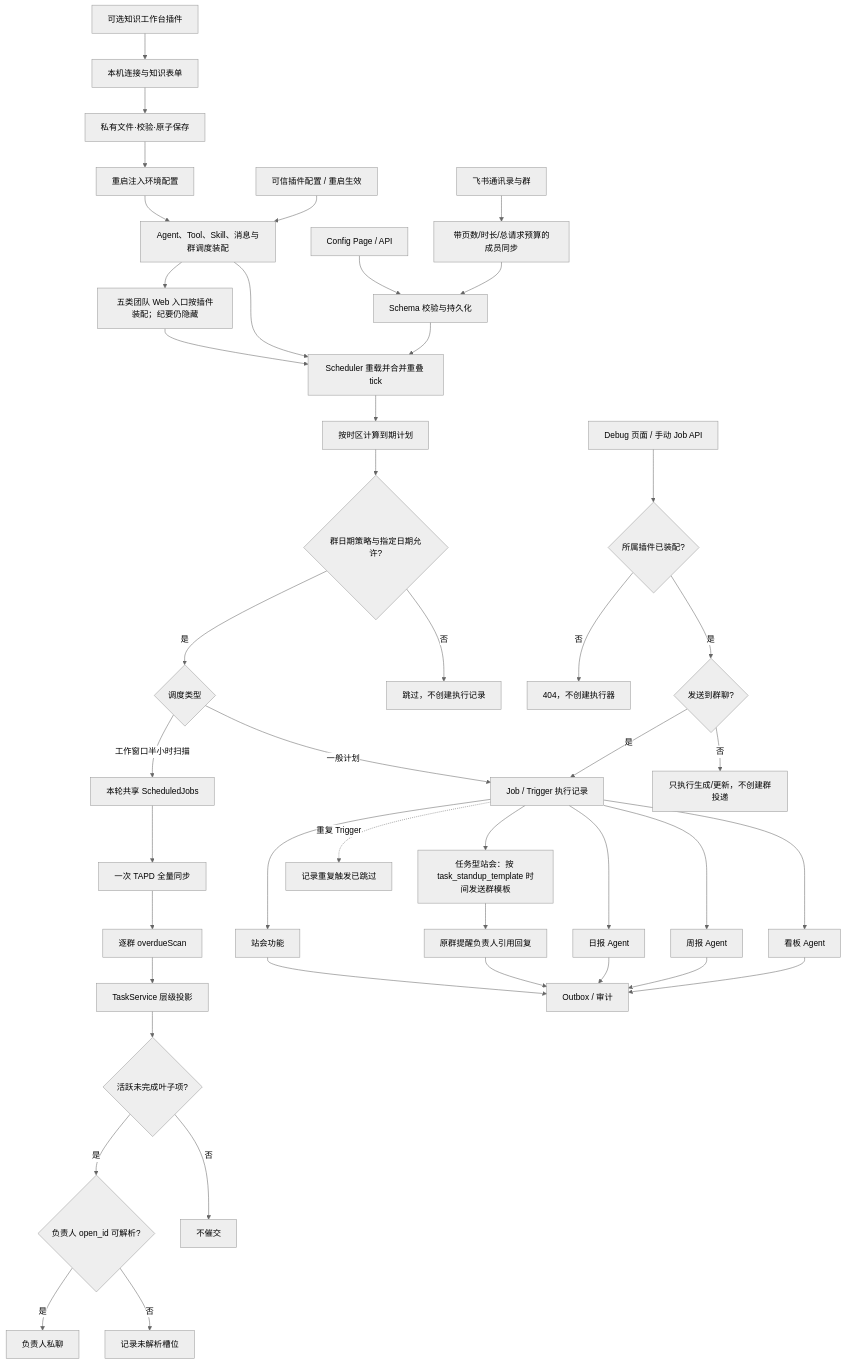
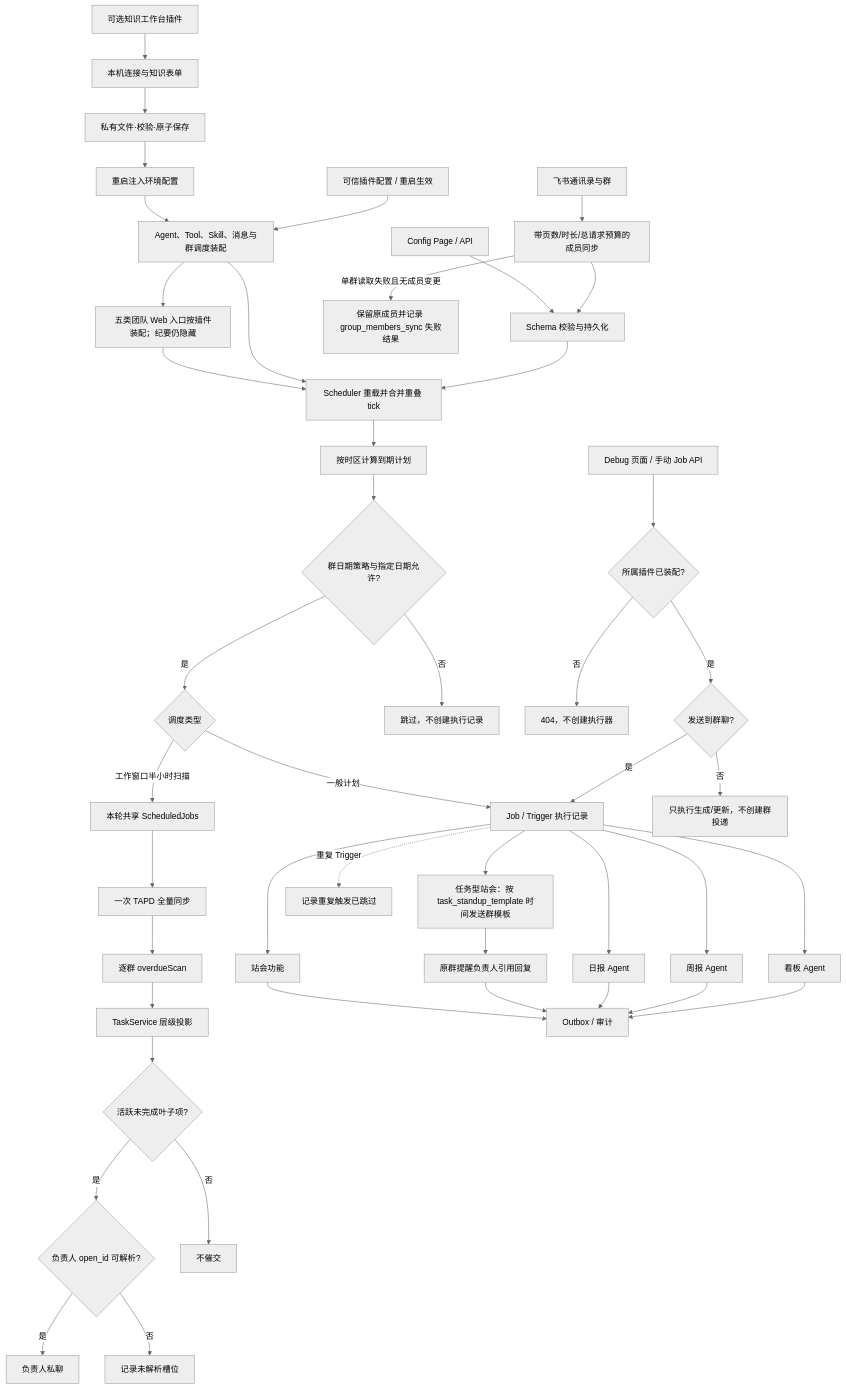
Before and after one commit to KlayPeter/AI-Delivery-Ops-Agent: the diagram in backend/src/core/configuration-scheduling/FEATURE.md, drawn with Mermaid (neutral theme). The commit also changed other lines of this file and 3 other files, not shown here.

````diff
--- a/backend/src/core/configuration-scheduling/FEATURE.md
+++ b/backend/src/core/configuration-scheduling/FEATURE.md
@@ -21,46 +21,47 @@
 ```mermaid
 flowchart TD
     KWP[可选知识工作台插件] --> LC[本机连接与知识表单]
     LC --> LF[私有文件·校验·原子保存]
     LF --> BOOT[重启注入环境配置]
     BOOT --> PH
     PC["可信插件配置 / 重启生效"] --> PH["Agent、Tool、Skill、消息与群调度装配"]
     PH --> VIS[五类团队 Web 入口按插件装配；纪要仍隐藏]
     VIS --> E
     PH --> E
     A["Config Page / API"] --> B["Schema 校验与持久化"]
     C["飞书通讯录与群"] --> D["带页数/时长/总请求预算的成员同步"]
     D --> B
+    D -- 单群读取失败且无成员变更 --> MSFAIL[保留原成员并记录 group_members_sync 失败结果]
     B --> E["Scheduler 重载并合并重叠 tick"]
     E --> F["按时区计算到期计划"]
     F --> HC{"群日期策略与指定日期允许?"}
     HC -- "是" --> L{"调度类型"}
     HC -- "否" --> HS["跳过，不创建执行记录"]
     L -- "一般计划" --> G["Job / Trigger 执行记录"]
     L -- "工作窗口半小时扫描" --> S["本轮共享 ScheduledJobs"]
     S --> T["一次 TAPD 全量同步"]
     T --> M["逐群 overdueScan"]
     M --> P["TaskService 层级投影"]
     P --> Q{"活跃未完成叶子项?"}
     Q -- "是" --> V{"负责人 open_id 可解析?"}
     Q -- "否" --> R["不催交"]
     V -- "是" --> N["负责人私聊"]
     V -- "否" --> U["记录未解析槽位"]
     G --> H["站会功能"]
     G --> I["日报 Agent"]
     G --> W["周报 Agent"]
     G --> J["看板 Agent"]
     D2["Debug 页面 / 手动 Job API"] --> OWNER{所属插件已装配?}
     OWNER -- 否 --> REJECT[404，不创建执行器]
     OWNER -- 是 --> G2{"发送到群聊?"}
     G2 -- "是" --> G
     G2 -- "否" --> U2["只执行生成/更新，不创建群投递"]
     H --> K["Outbox / 审计"]
     G --> TS["任务型站会：按 task_standup_template 时间发送群模板"]
     TS --> TR["原群提醒负责人引用回复"]
     TR --> K
     I --> K
     W --> K
     J --> K
     G -. "重复 Trigger" .-> X["记录重复触发已跳过"]
 ```
````
